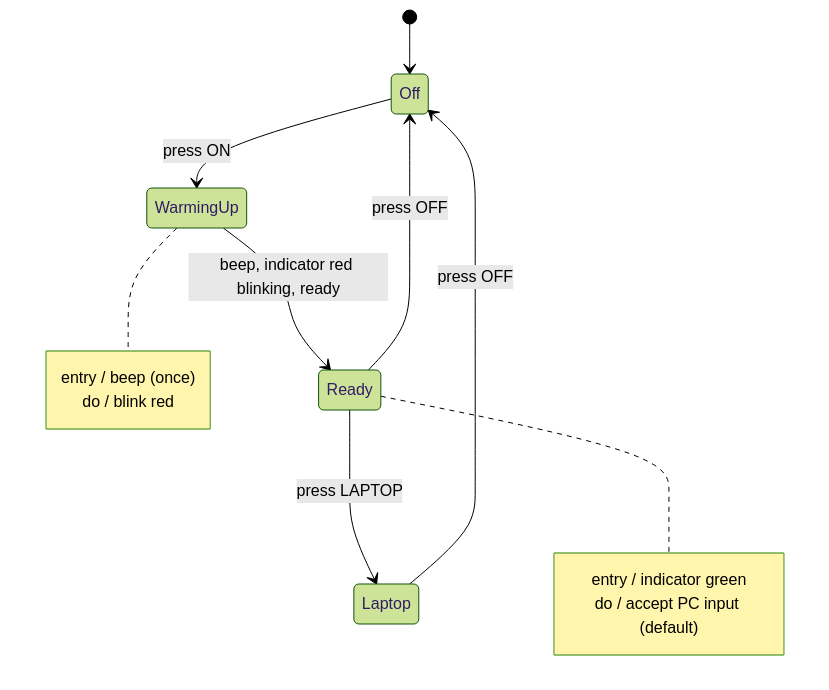
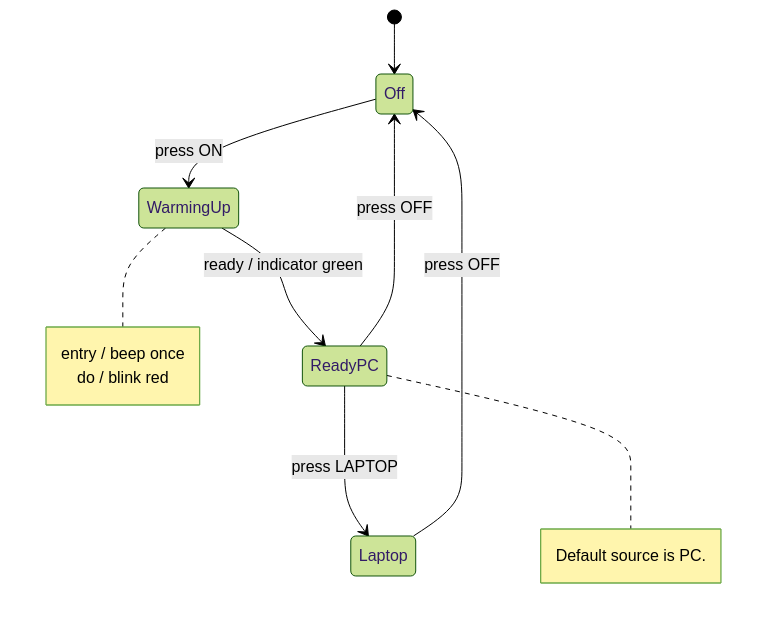
Diagram 29 of 41 in sc2006/SC2006_Study_Guide.md (lekekbot/ntu-cs), drawn with Mermaid (forest theme) before and after one commit. The commit also changed other lines of this file, not shown here.

````diff
--- a/sc2006/SC2006_Study_Guide.md
+++ b/sc2006/SC2006_Study_Guide.md
@@ -2434,17 +2475,16 @@
 ```mermaid
 stateDiagram-v2
     [*] --> Off
     Off --> WarmingUp : press ON
-    WarmingUp --> Ready : beep, indicator red blinking, ready
-    Ready --> Laptop : press LAPTOP
-    Ready --> Off : press OFF
+    WarmingUp --> ReadyPC : ready / indicator green
+    ReadyPC --> Laptop : press LAPTOP
+    ReadyPC --> Off : press OFF
     Laptop --> Off : press OFF
     note right of WarmingUp
-        entry / beep (once)
+        entry / beep once
         do / blink red
     end note
-    note right of Ready
-        entry / indicator green
-        do / accept PC input (default)
+    note right of ReadyPC
+        Default source is PC.
     end note
 ```
````
